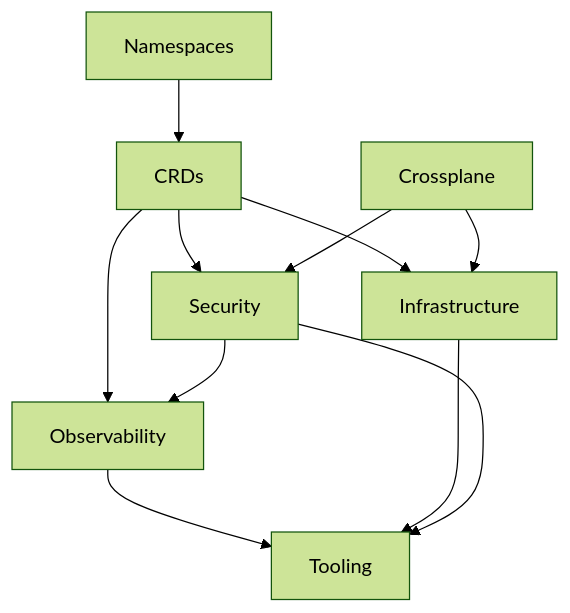
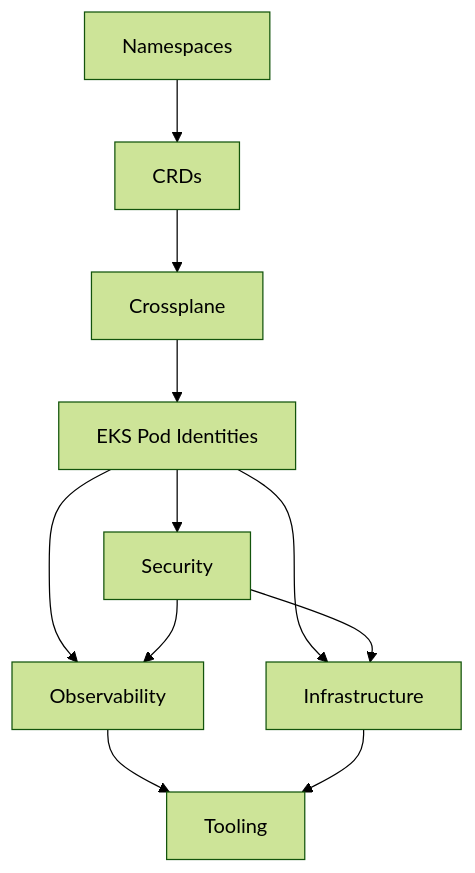
Before and after one commit to Smana/cloud-native-ref: the diagram in README.md, drawn with Mermaid (forest theme). The commit also changed other lines of this file and 27 other files, not shown here.

Commit message:
chore(crossplane): migrate all irsas to epis

````diff
--- a/README.md
+++ b/README.md
@@ -14,13 +14,13 @@
 ```mermaid
 graph TD;
     Namespaces-->CRDs;
-    CRDs-->Observability;
-    CRDs-->Security;
-    CRDs-->Infrastructure;
-    Crossplane-->Infrastructure;
-    Crossplane-->Security;
+    CRDs-->Crossplane;
+    Crossplane-->EPIs["EKS Pod Identities"];
+    EPIs["EKS Pod Identities"]-->Security;
+    EPIs["EKS Pod Identities"]-->Infrastructure;
+    EPIs["EKS Pod Identities"]-->Observability;
     Observability-->Tooling;
     Infrastructure-->Tooling;
-    Security-->Tooling;
+    Security-->Infrastructure;
     Security-->Observability
 ```
````
